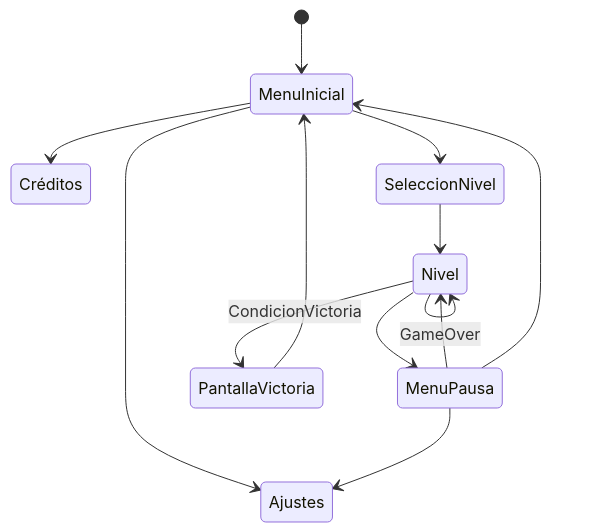
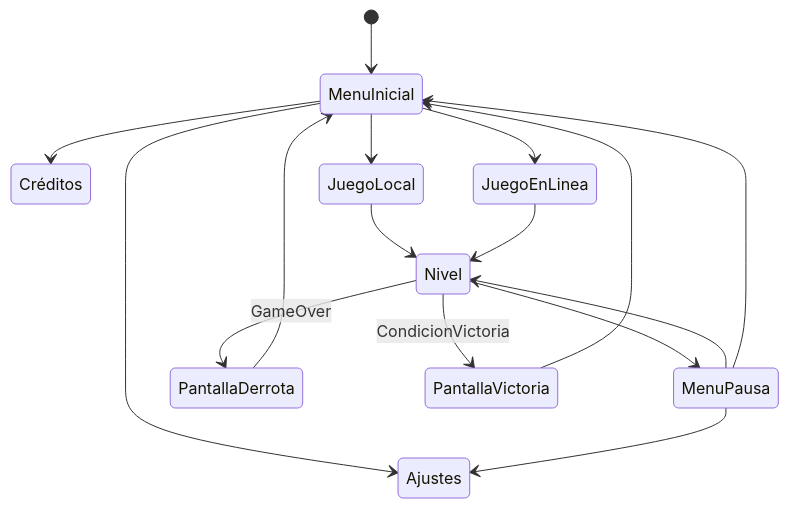
Before and after one commit to osquitarboss/Juegos-en-Red-G3: the diagram in README.md, drawn with Mermaid. The commit also changed other lines of this file, not shown here.

````diff
--- a/README.md
+++ b/README.md
@@ -112,17 +122,20 @@
 ```mermaid
 
   stateDiagram-v2
     [*] --> MenuInicial
     MenuInicial --> Ajustes
     MenuInicial --> Créditos
-    MenuInicial --> SeleccionNivel
-    SeleccionNivel --> Nivel
+    MenuInicial --> JuegoLocal
+    MenuInicial --> JuegoEnLinea
+    JuegoLocal --> Nivel
+    JuegoEnLinea --> Nivel
     Nivel --> MenuPausa
-    Nivel --> Nivel: GameOver
+    Nivel --> PantallaDerrota: GameOver
+    PantallaDerrota --> MenuInicial
     Nivel --> PantallaVictoria: CondicionVictoria
     PantallaVictoria --> MenuInicial
     MenuPausa --> Nivel
     MenuPausa --> Ajustes
     MenuPausa --> MenuInicial
     
 ```
````
